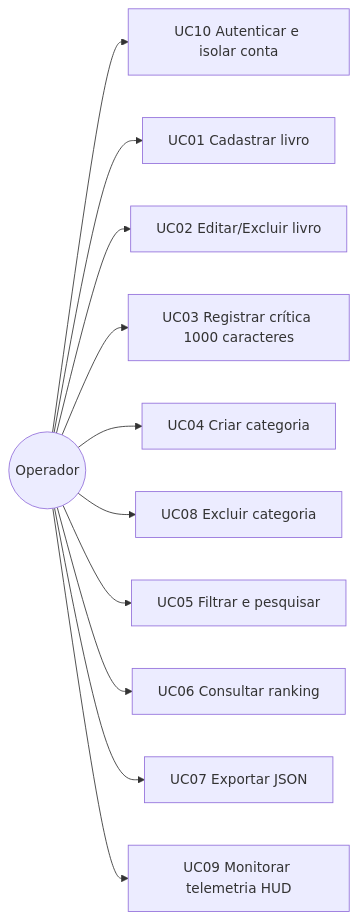
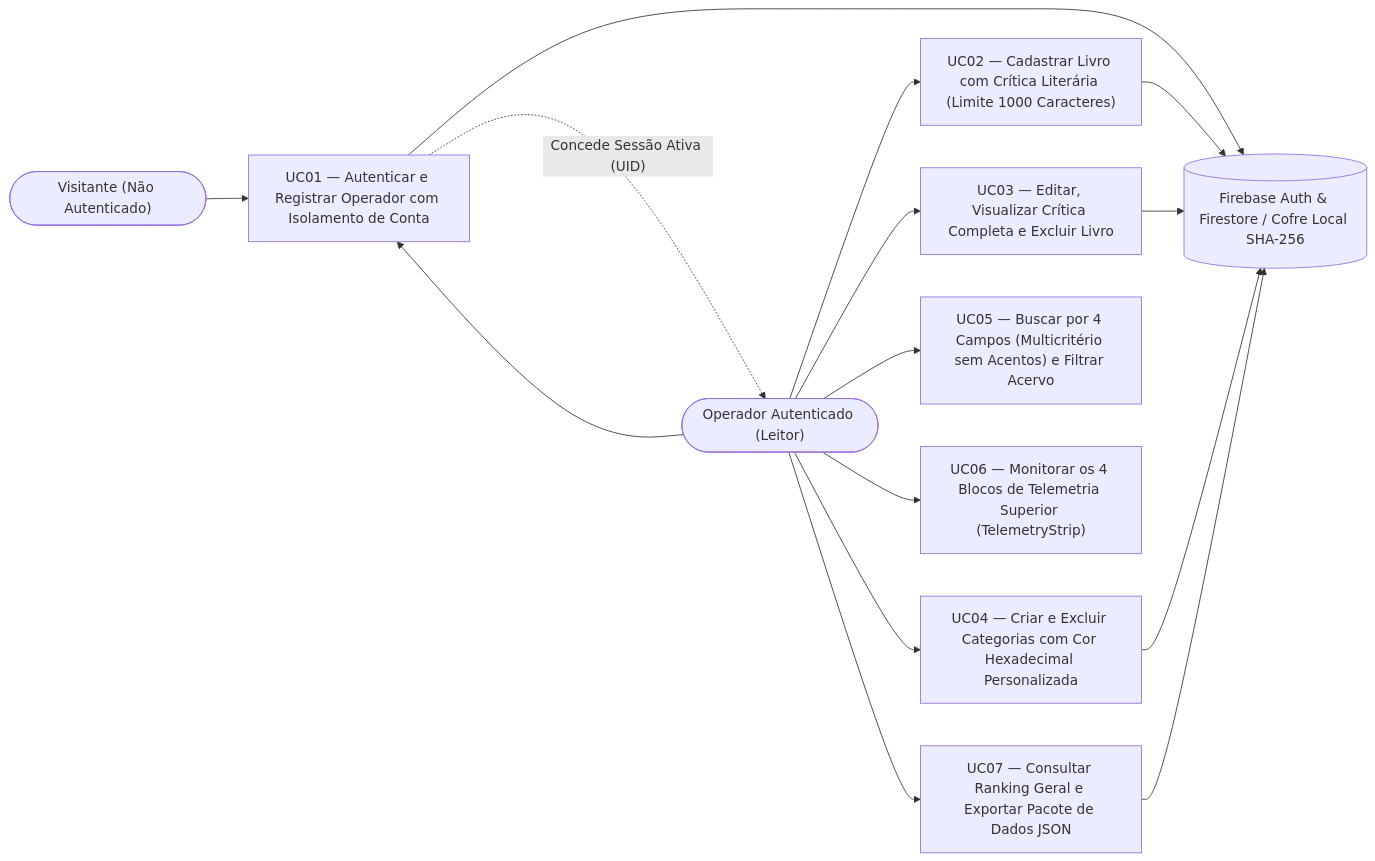
Before and after one commit to Glins-dev/librarytrix: the diagram in docs/casos-de-uso.md, drawn with Mermaid. The commit also changed other lines of this file and 7 other files, not shown here.

````diff
--- a/docs/casos-de-uso.md
+++ b/docs/casos-de-uso.md
@@ -5,14 +17,23 @@
 ```mermaid
 flowchart LR
-  O((Operador))
-  O --> UC10[UC10 Autenticar e isolar conta]
-  O --> UC1[UC01 Cadastrar livro]
-  O --> UC2[UC02 Editar/Excluir livro]
-  O --> UC3[UC03 Registrar crítica 1000 caracteres]
-  O --> UC4[UC04 Criar categoria]
-  O --> UC8[UC08 Excluir categoria]
-  O --> UC5[UC05 Filtrar e pesquisar]
-  O --> UC6[UC06 Consultar ranking]
-  O --> UC7[UC07 Exportar JSON]
-  O --> UC9[UC09 Monitorar telemetria HUD]
+  V(["Visitante (Não Autenticado)"])
+  O(["Operador Autenticado (Leitor)"])
+  FS[("Firebase Auth & Firestore / Cofre Local SHA-256")]
+
+  V --> UC01["UC01 — Autenticar e Registrar Operador com Isolamento de Conta"]
+  UC01 -.->|"Concede Sessão Ativa (UID)"| O
+
+  O --> UC02["UC02 — Cadastrar Livro com Crítica Literária (Limite 1000 Caracteres)"]
+  O --> UC03["UC03 — Editar, Visualizar Crítica Completa e Excluir Livro"]
+  O --> UC04["UC04 — Criar e Excluir Categorias com Cor Hexadecimal Personalizada"]
+  O --> UC05["UC05 — Buscar por 4 Campos (Multicritério sem Acentos) e Filtrar Acervo"]
+  O --> UC06["UC06 — Monitorar os 4 Blocos de Telemetria Superior (TelemetryStrip)"]
+  O --> UC07["UC07 — Consultar Ranking Geral e Exportar Pacote de Dados JSON"]
+  O --> UC01
+
+  UC01 --> FS
+  UC02 --> FS
+  UC03 --> FS
+  UC04 --> FS
+  UC07 --> FS
 ```
````
